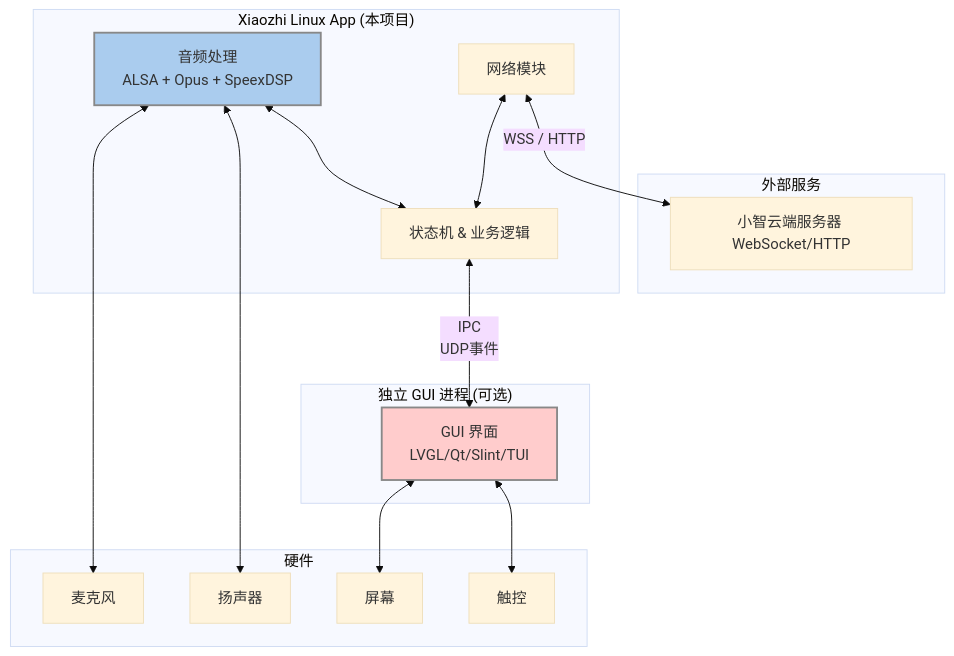
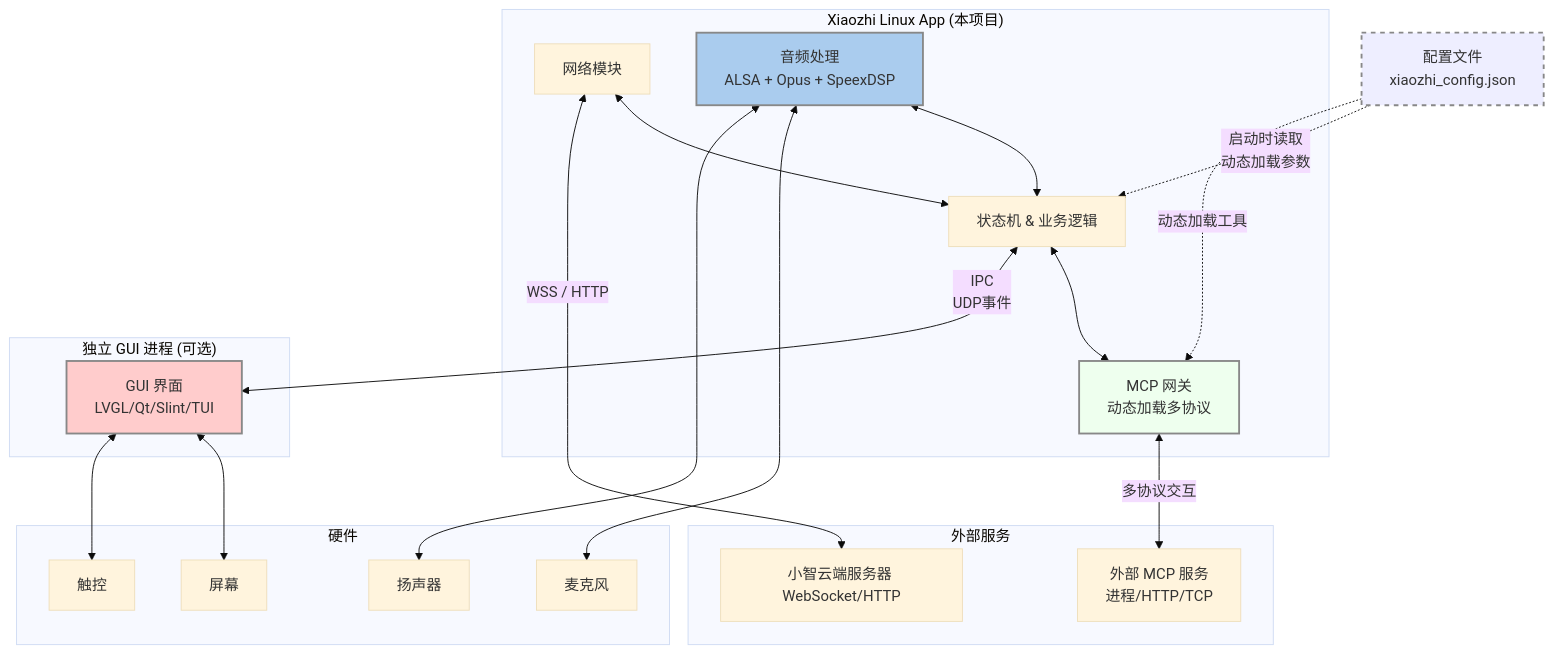
Before and after one commit to Hyrsoft/xiaozhi_linux_rs: the diagram in README.md, drawn with Mermaid (base theme). The commit also changed other lines of this file and 1 other file, not shown here.

````diff
--- a/README.md
+++ b/README.md
@@ -33,36 +33,47 @@
 ```mermaid
 graph TD
+    Config[配置文件<br/>xiaozhi_config.json]
+
     subgraph External [外部服务]
         Cloud[小智云端服务器 WebSocket/HTTP]
+        MCP_Ext[外部 MCP 服务<br/>进程/HTTP/TCP]
     end
 
     subgraph "Xiaozhi Linux App (本项目)"
         Net[网络模块]
         Audio[音频处理<br/>ALSA + Opus + SpeexDSP]
         Logic[状态机 & 业务逻辑]
+        MCP[MCP 网关<br/>动态加载多协议]
         
         Net <--> Logic
         Audio <--> Logic
+        Logic <--> MCP
     end
 
     subgraph "独立 GUI 进程 (可选)"
         GUI[GUI 界面<br/>LVGL/Qt/Slint/TUI]
     end
 
     subgraph Hardware [硬件]
         Mic[麦克风]
         Speaker[扬声器]
         Screen[屏幕]
         Touch[触控]
     end
 
+    Config -.->|启动时读取<br/>动态加载参数| Logic
+    Config -.->|动态加载工具| MCP
+
     Net <-->|WSS / HTTP| Cloud
+    MCP <-->|多协议交互| MCP_Ext
     Audio <--> Mic
     Audio <--> Speaker
     Logic <-->|IPC<br/>UDP事件| GUI
     GUI <--> Screen
     GUI <--> Touch
     
     style Audio fill:#ace,stroke:#888,stroke-width:2px
     style GUI fill:#fcc,stroke:#888,stroke-width:2px
+    style Config fill:#eef,stroke:#888,stroke-width:2px,stroke-dasharray: 5 5
+    style MCP fill:#efe,stroke:#888,stroke-width:2px
 ```
````
